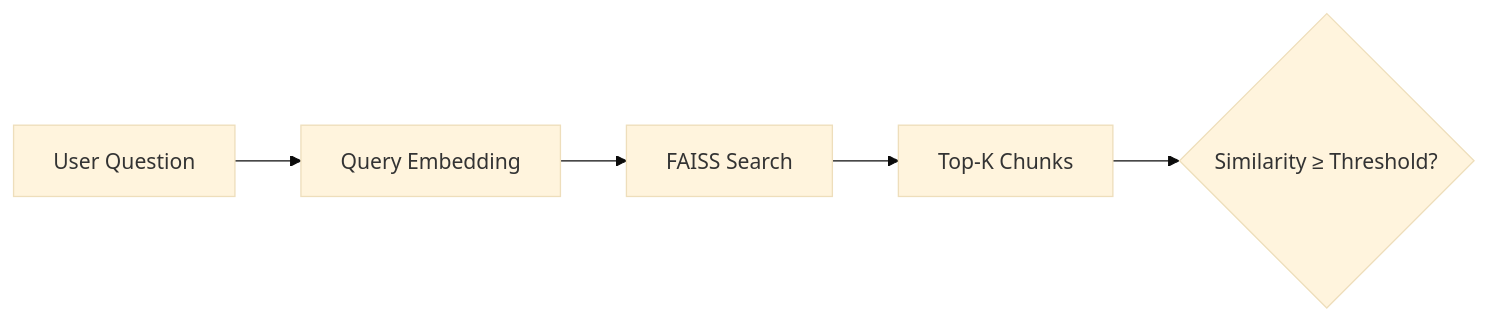
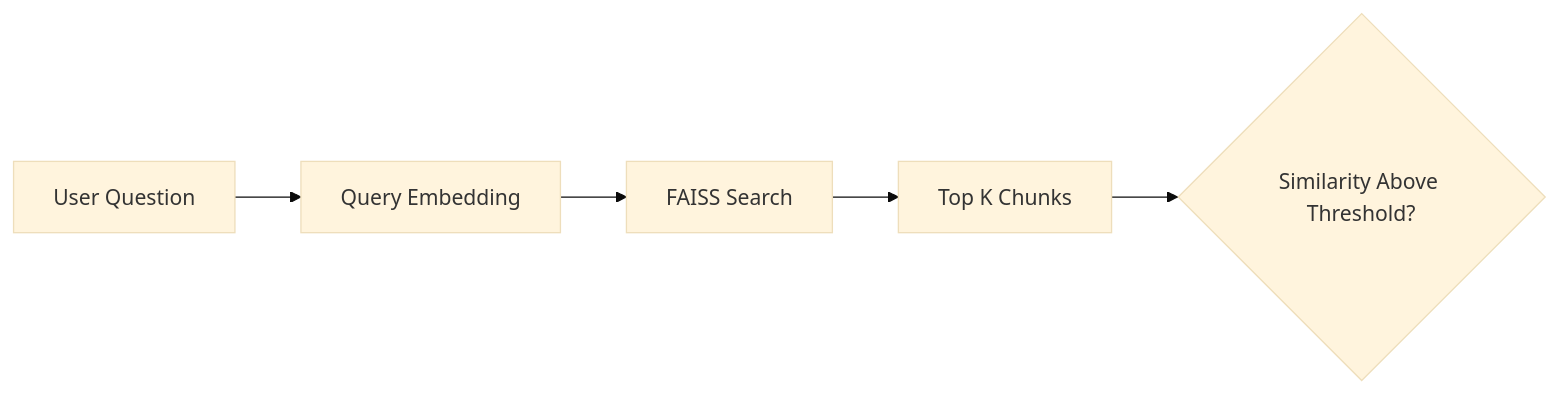
One commit to neverthesameagain/CleaRAG changed the fifth of 8 diagrams in README.md. Above: the diagram before and after it, drawn with Mermaid (base theme). The commit also changed other lines of this file, not shown here.

````diff
--- a/README.md
+++ b/README.md
@@ -129,7 +118,7 @@
 ```mermaid
 flowchart LR
     A[User Question] --> B[Query Embedding]
     B --> C[FAISS Search]
-    C --> D[Top-K Chunks]
-    D --> E{Similarity ≥ Threshold?}
+    C --> D[Top K Chunks]
+    D --> E{Similarity Above Threshold?}
 ```
````
